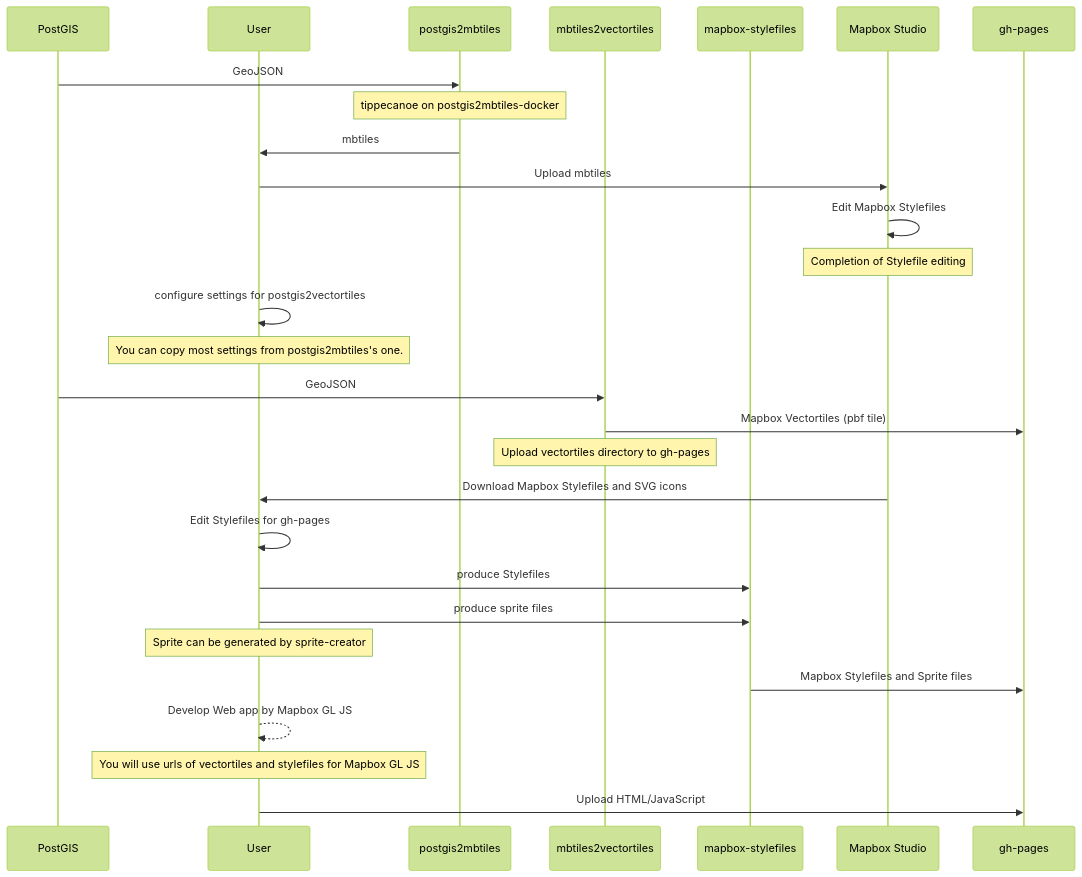
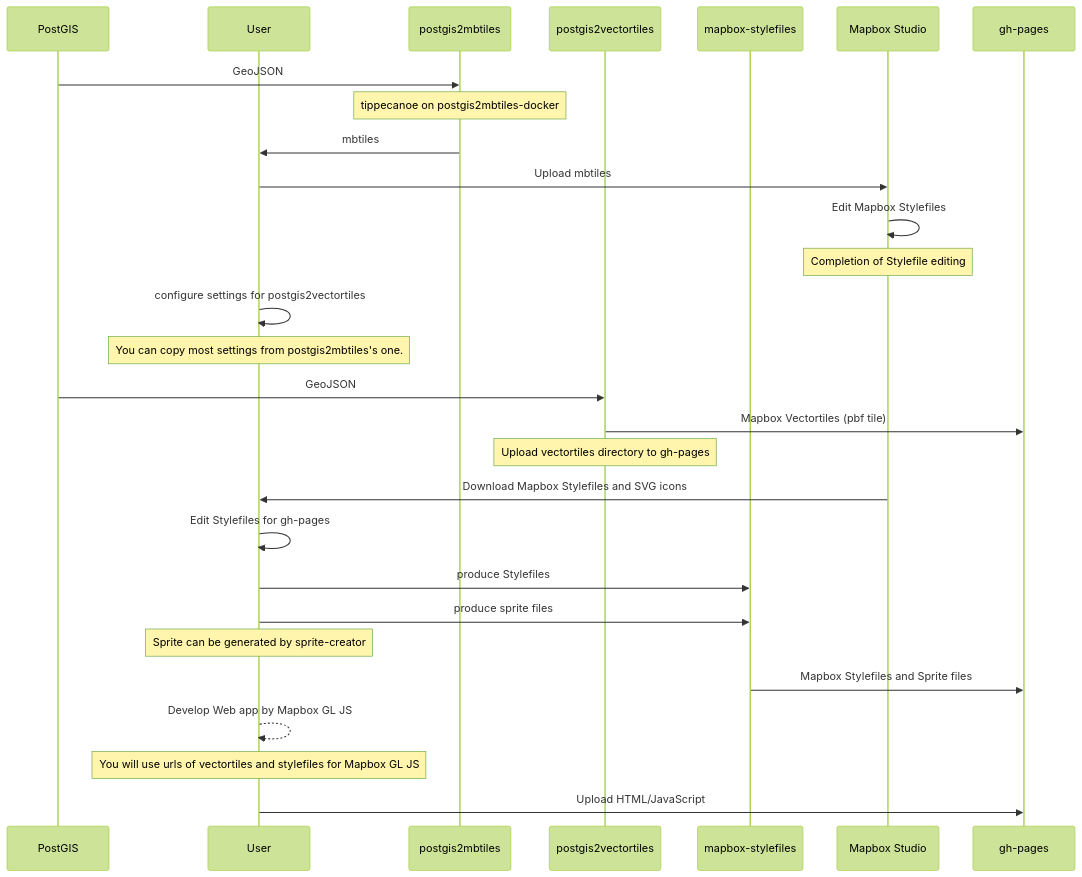
The diagram in images/sequence.mmd (watergis/awesome-vector-tiles), drawn with Mermaid (forest theme) before and after one commit. The commit also changed 5 other files, not shown here.

Commit message:
added system diagram

```diff
--- a/images/sequence.mmd
+++ b/images/sequence.mmd
@@ -1,33 +1,33 @@
 sequenceDiagram
     participant db as PostGIS
     participant x as User
     participant a as postgis2mbtiles
-    participant b as mbtiles2vectortiles
+    participant b as postgis2vectortiles
     participant d as mapbox-stylefiles
     participant y as Mapbox Studio
     participant z as gh-pages
 
     db->>a: GeoJSON
     Note over a: tippecanoe on postgis2mbtiles-docker
     a->>x: mbtiles
     
     x->>y: Upload mbtiles
     y->>y: Edit Mapbox Stylefiles
     Note over y: Completion of Stylefile editing
 
     x->>x: configure settings for postgis2vectortiles
     Note over x: You can copy most settings from postgis2mbtiles's one.
     db->>b: GeoJSON
     b->>z: Mapbox Vectortiles (pbf tile) 
     Note over b: Upload vectortiles directory to gh-pages
 
     y->>x: Download Mapbox Stylefiles and SVG icons
     x->>x: Edit Stylefiles for gh-pages
     x->>d: produce Stylefiles
     x->>d: produce sprite files
     Note over x: Sprite can be generated by sprite-creator
     d->>z: Mapbox Stylefiles and Sprite files
 
     x-->>x: Develop Web app by Mapbox GL JS
     Note over x: You will use urls of vectortiles and stylefiles for Mapbox GL JS
     x->>z: Upload HTML/JavaScript
```
